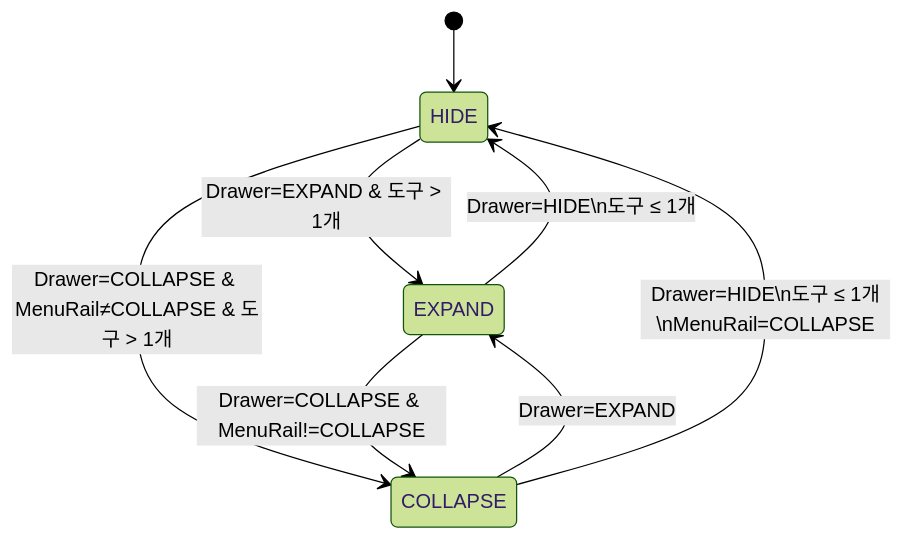
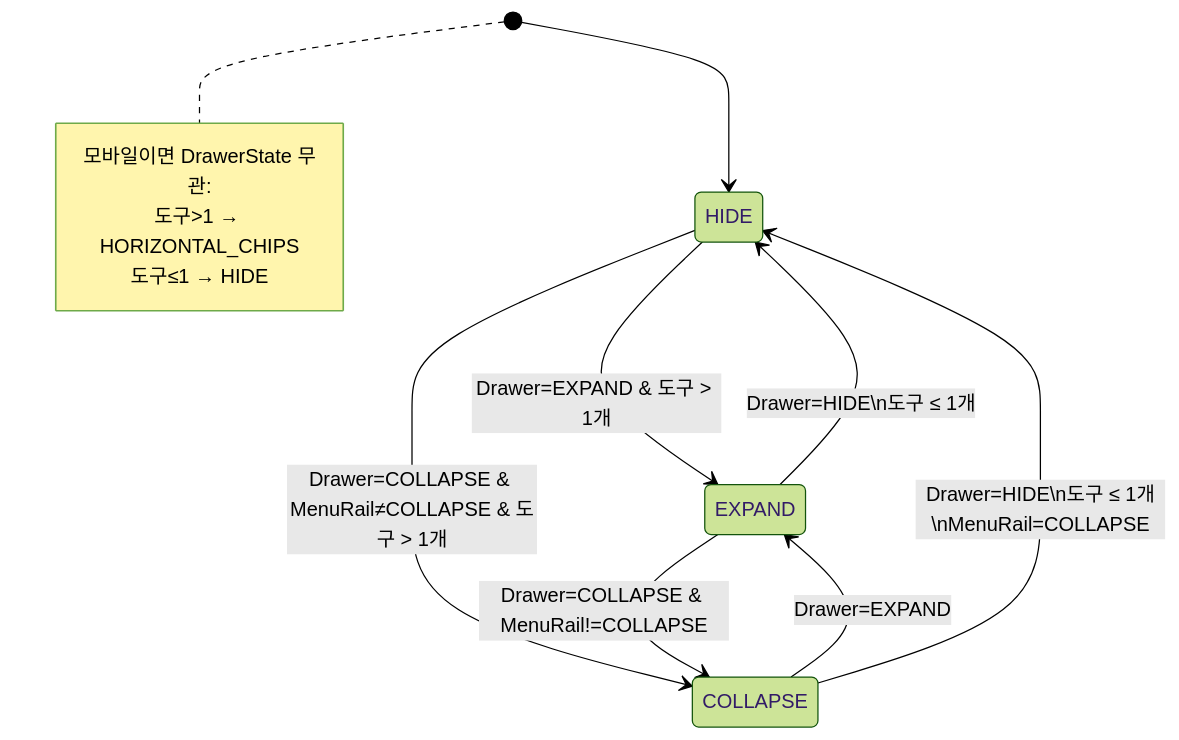
Before and after one commit to sayaya1090/handbook: the fourth of 5 diagrams in shell-ui/README.md, drawn with Mermaid (forest theme). The commit also changed other lines of this file and 7 other files, not shown here.

````diff
--- a/shell-ui/README.md
+++ b/shell-ui/README.md
@@ -132,10 +137,15 @@
 ```mermaid
 stateDiagram-v2
     [*] --> HIDE
     HIDE --> EXPAND : Drawer=EXPAND & 도구 > 1개
     HIDE --> COLLAPSE : Drawer=COLLAPSE & MenuRail≠COLLAPSE & 도구 > 1개
     EXPAND --> HIDE : Drawer=HIDE\n도구 ≤ 1개
     EXPAND --> COLLAPSE : Drawer=COLLAPSE & MenuRail!=COLLAPSE
     COLLAPSE --> EXPAND : Drawer=EXPAND
     COLLAPSE --> HIDE : Drawer=HIDE\n도구 ≤ 1개\nMenuRail=COLLAPSE
+    note right of [*]
+      모바일이면 DrawerState 무관:
+      도구>1 → HORIZONTAL_CHIPS
+      도구≤1 → HIDE
+    end note
 ```
````
